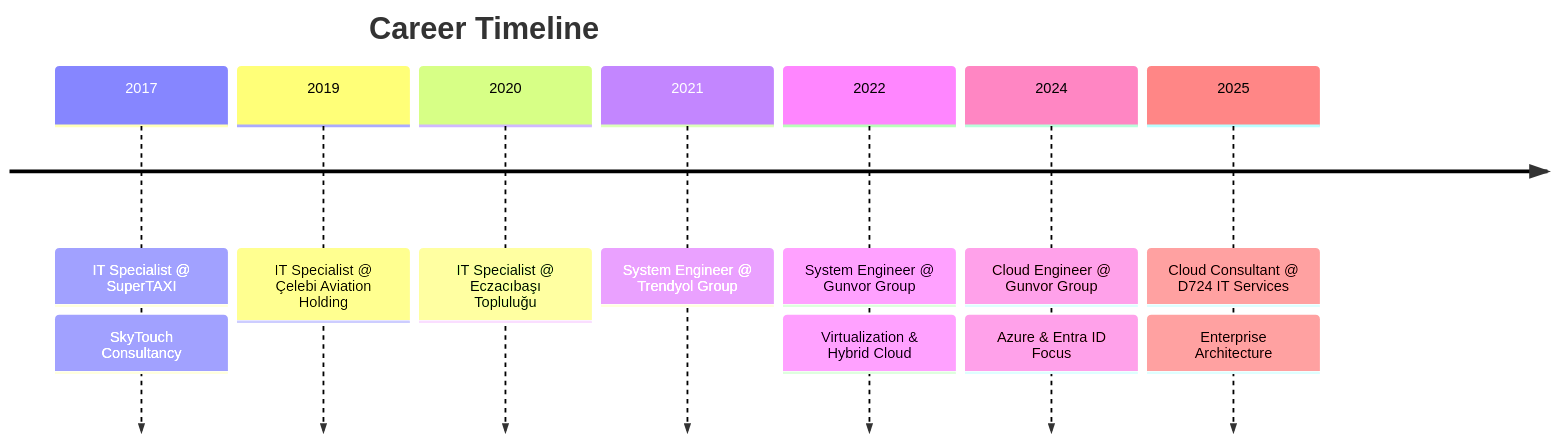
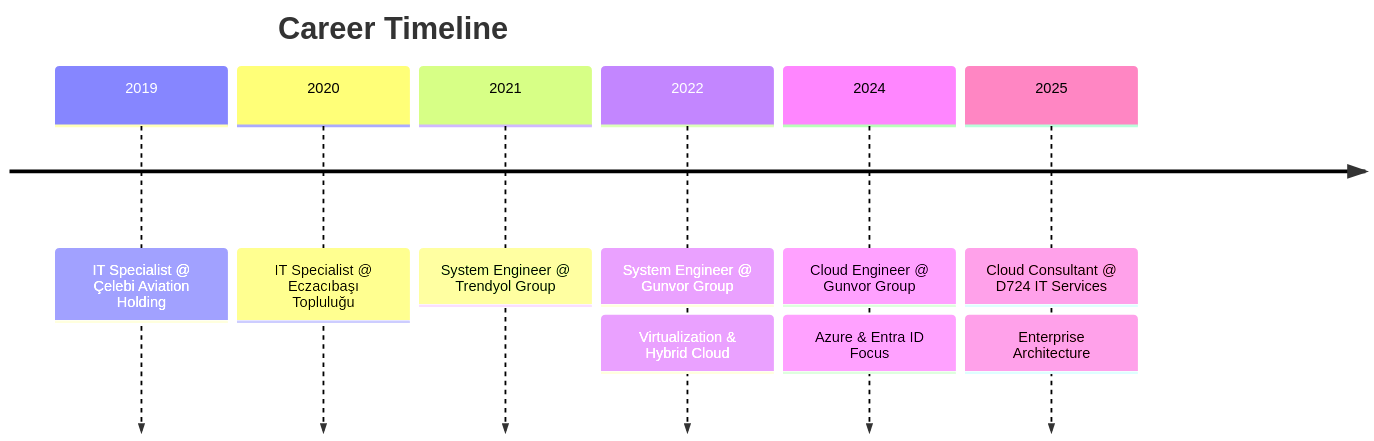
One commit to ozanberkpolat/ozanberkpolat.github.io changed the first of 3 diagrams in _tabs/about.md. Above: the diagram before and after it, drawn with Mermaid. The commit also changed other lines of this file, not shown here.

````diff
--- a/_tabs/about.md
+++ b/_tabs/about.md
@@ -23,11 +23,10 @@
 ```mermaid
 timeline
     title Career Timeline
-    2017 : IT Specialist @ SuperTAXI : SkyTouch Consultancy
     2019 : IT Specialist @ Çelebi Aviation Holding
     2020 : IT Specialist @ Eczacıbaşı Topluluğu
     2021 : System Engineer @ Trendyol Group
     2022 : System Engineer @ Gunvor Group : Virtualization & Hybrid Cloud
     2024 : Cloud Engineer @ Gunvor Group : Azure & Entra ID Focus
     2025 : Cloud Consultant @ D724 IT Services : Enterprise Architecture
 ```
````
